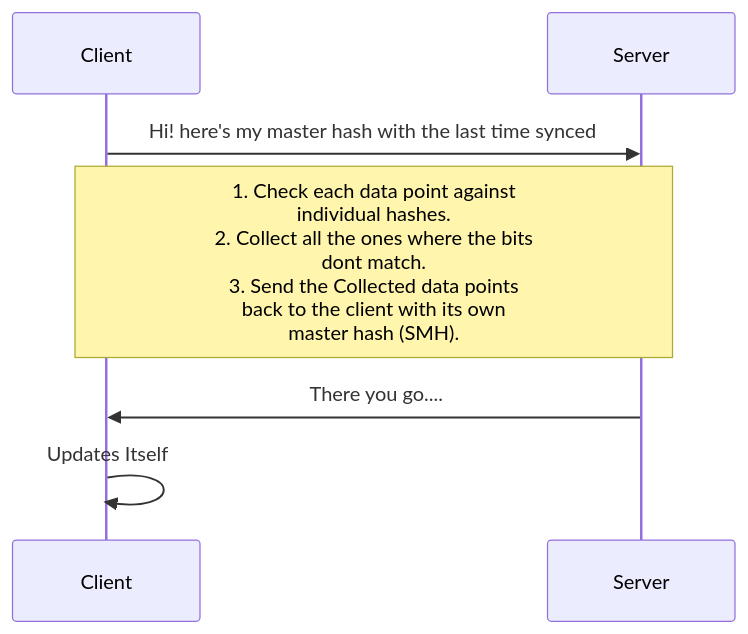
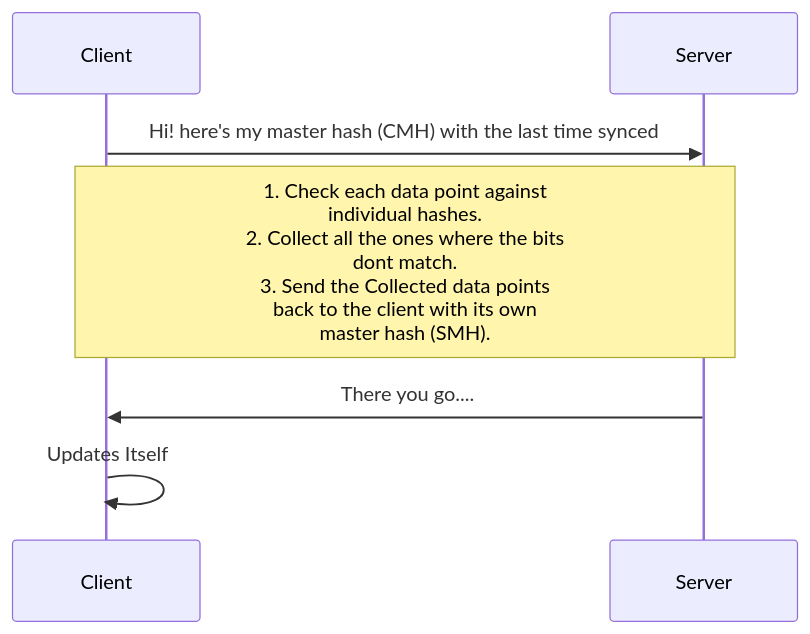
Before and after one commit to trshant-sugoi/stackedit: the diagram in drafts/2019-02-05-bloom-filter.md, drawn with Mermaid. The commit also changed other lines of this file, not shown here.

````diff
--- a/drafts/2019-02-05-bloom-filter.md
+++ b/drafts/2019-02-05-bloom-filter.md
@@ -83,9 +83,9 @@
 ```mermaid
 sequenceDiagram
-Client ->> Server: Hi! here's my master hash with the last time synced
+Client ->> Server: Hi! here's my master hash (CMH) with the last time synced
 
 Note over Server,Client: 1. Check each data point against <br/>individual hashes.<br/>2. Collect all the ones where the bits<br/> dont match.<br/>3. Send the Collected data points <br/>back to the client with its own<br/> master hash (SMH).
 
 Server ->> Client: There you go....
 Client ->> Client : Updates Itself
 ```
````
